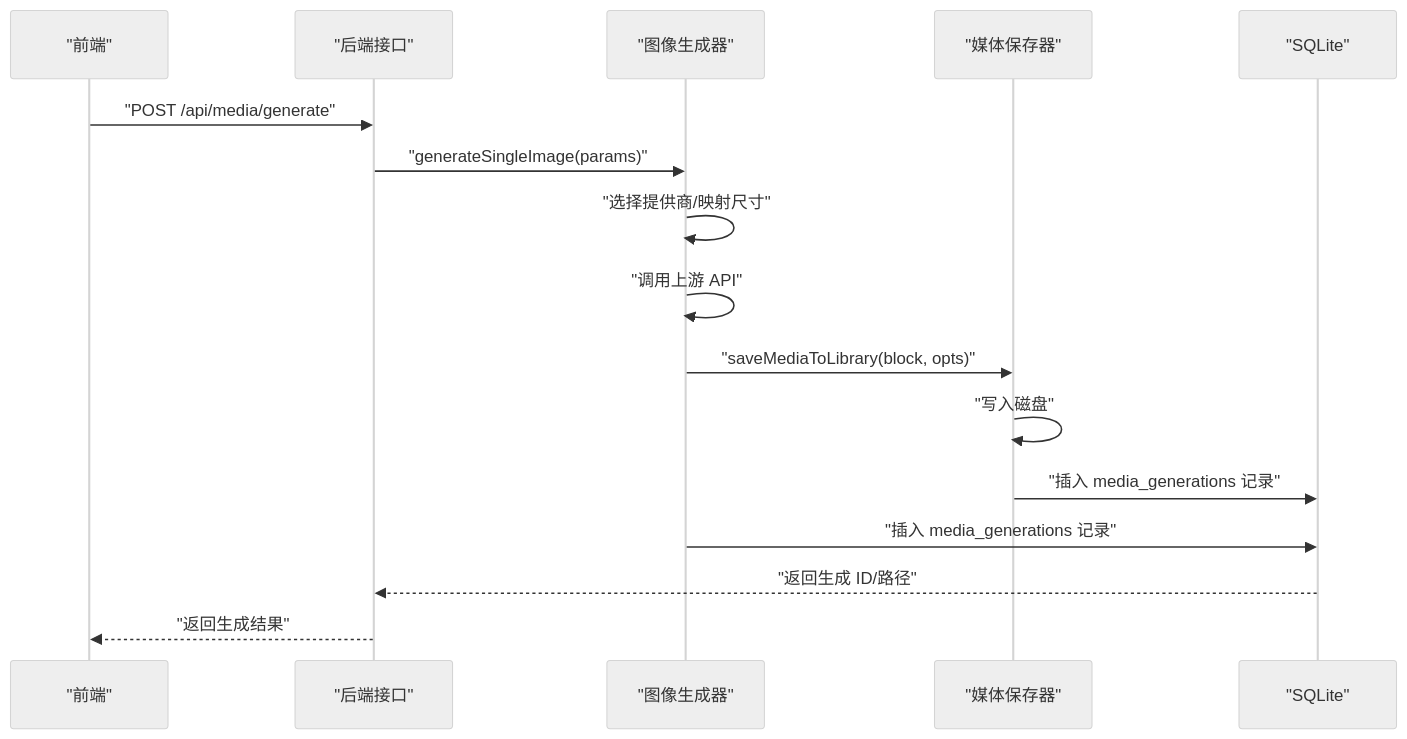
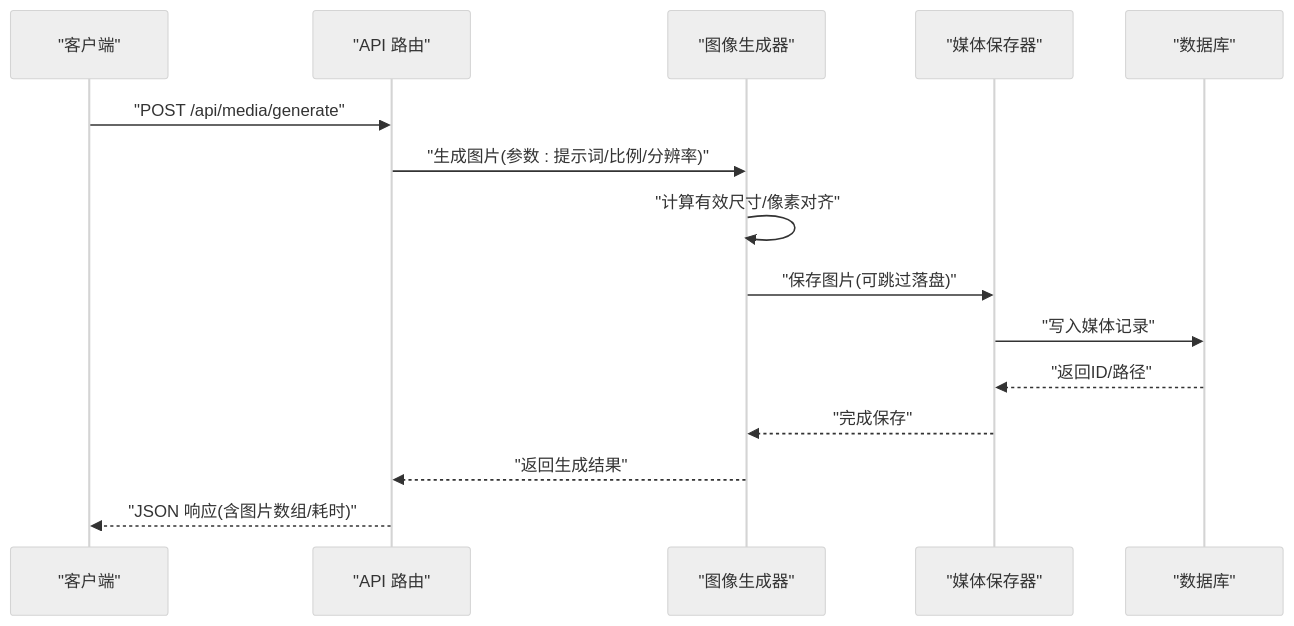
One commit to haolange/CodePilot changed the second of 8 diagrams in .qoder/repowiki/zh/content/API 参考/媒体 API.md. Above: the diagram before and after it, drawn with Mermaid (neutral theme). The commit also changed other lines of this file and 203 other files, not shown here.

````diff
--- a/.qoder/repowiki/zh/content/API 参考/媒体 API.md
+++ b/.qoder/repowiki/zh/content/API 参考/媒体 API.md
@@ -104,18 +132,17 @@
 ```mermaid
 sequenceDiagram
-participant FE as "前端"
-participant API as "后端接口"
-participant GEN as "图像生成器"
-participant SAV as "媒体保存器"
-participant DB as "SQLite"
-FE->>API : "POST /api/media/generate"
-API->>GEN : "generateSingleImage(params)"
-GEN->>GEN : "选择提供商/映射尺寸"
-GEN->>GEN : "调用上游 API"
-GEN->>SAV : "saveMediaToLibrary(block, opts)"
-SAV->>SAV : "写入磁盘"
-SAV->>DB : "插入 media_generations 记录"
-GEN->>DB : "插入 media_generations 记录"
-DB-->>API : "返回生成 ID/路径"
-API-->>FE : "返回生成结果"
+participant Client as "客户端"
+participant API as "API 路由"
+participant Gen as "图像生成器"
+participant Save as "媒体保存器"
+participant DB as "数据库"
+Client->>API : "POST /api/media/generate"
+API->>Gen : "生成图片(参数 : 提示词/比例/分辨率)"
+Gen->>Gen : "计算有效尺寸/像素对齐"
+Gen->>Save : "保存图片(可跳过落盘)"
+Save->>DB : "写入媒体记录"
+DB-->>Save : "返回ID/路径"
+Save-->>Gen : "完成保存"
+Gen-->>API : "返回生成结果"
+API-->>Client : "JSON 响应(含图片数组/耗时)"
 ```
````
